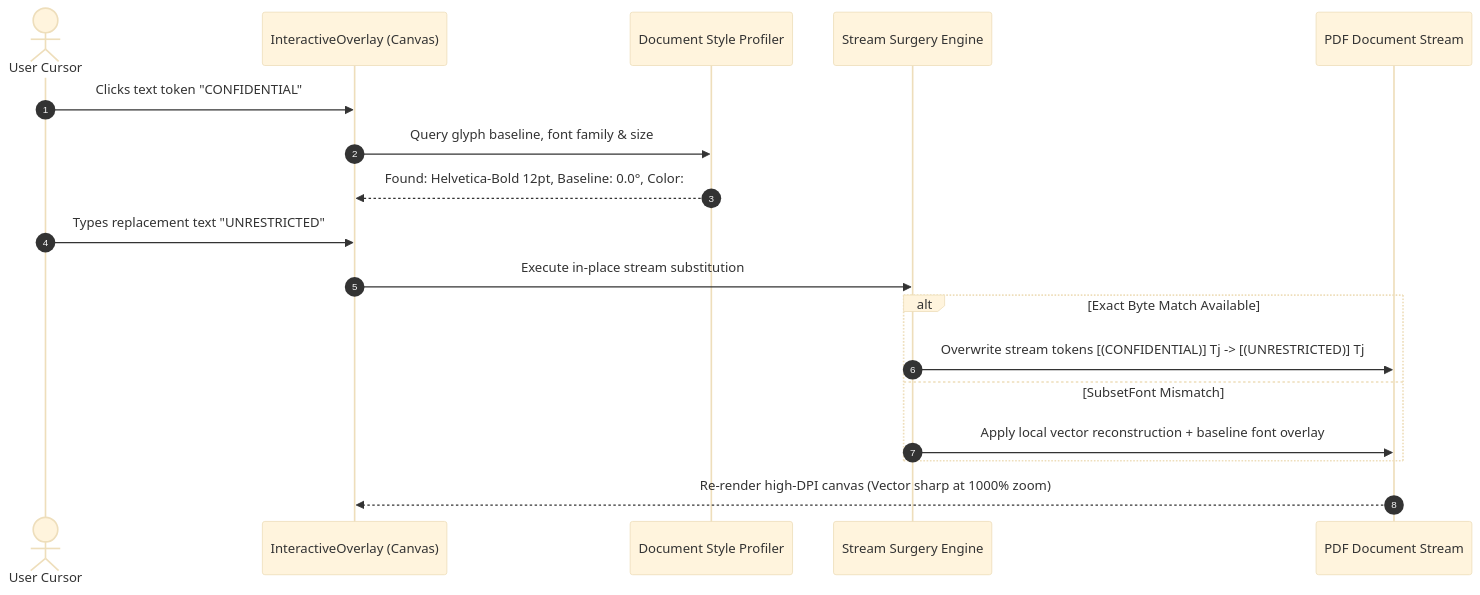
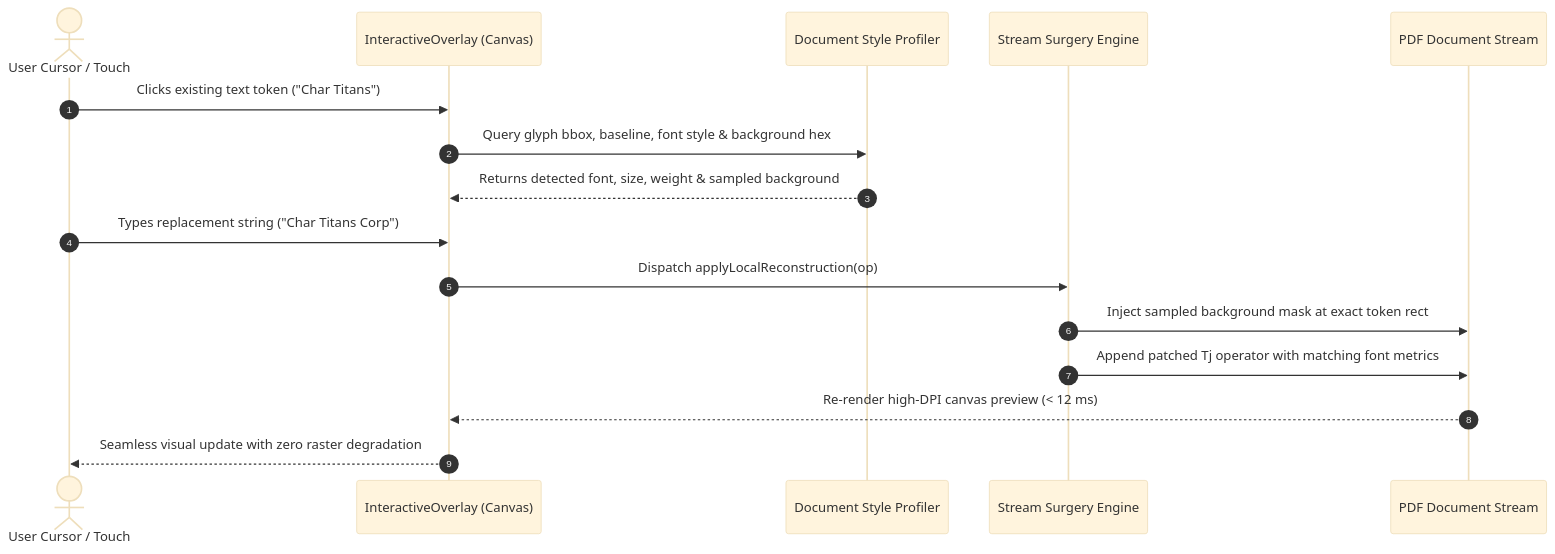
One commit to DevDarsh26/PDF-Studio changed the second of 2 diagrams in README.md. Above: the diagram before and after it, drawn with Mermaid (base theme). The commit also changed other lines of this file and 13 other files, not shown here.

````diff
--- a/README.md
+++ b/README.md
@@ -93,21 +123,19 @@
 ```mermaid
 sequenceDiagram
     autonumber
-    actor User as User Cursor
+    actor User as User Cursor / Touch
     participant UI as InteractiveOverlay (Canvas)
     participant Analyzer as Document Style Profiler
     participant Surgery as Stream Surgery Engine
     participant Output as PDF Document Stream
 
-    User->>UI: Clicks text token "CONFIDENTIAL"
-    UI->>Analyzer: Query glyph baseline, font family & size
-    Analyzer-->>UI: Found: Helvetica-Bold 12pt, Baseline: 0.0°, Color: #0f172a
-    User->>UI: Types replacement text "UNRESTRICTED"
-    UI->>Surgery: Execute in-place stream substitution
-    alt Exact Byte Match Available
-        Surgery->>Output: Overwrite stream tokens [(CONFIDENTIAL)] Tj -> [(UNRESTRICTED)] Tj
-    else SubsetFont Mismatch
-        Surgery->>Output: Apply local vector reconstruction + baseline font overlay
-    end
-    Output-->>UI: Re-render high-DPI canvas (Vector sharp at 1000% zoom)
+    User->>UI: Clicks existing text token ("Char Titans")
+    UI->>Analyzer: Query glyph bbox, baseline, font style & background hex
+    Analyzer-->>UI: Returns detected font, size, weight & sampled background
+    User->>UI: Types replacement string ("Char Titans Corp")
+    UI->>Surgery: Dispatch applyLocalReconstruction(op)
+    Surgery->>Output: Inject sampled background mask at exact token rect
+    Surgery->>Output: Append patched Tj operator with matching font metrics
+    Output-->>UI: Re-render high-DPI canvas preview (< 12 ms)
+    UI-->>User: Seamless visual update with zero raster degradation
 ```
````
